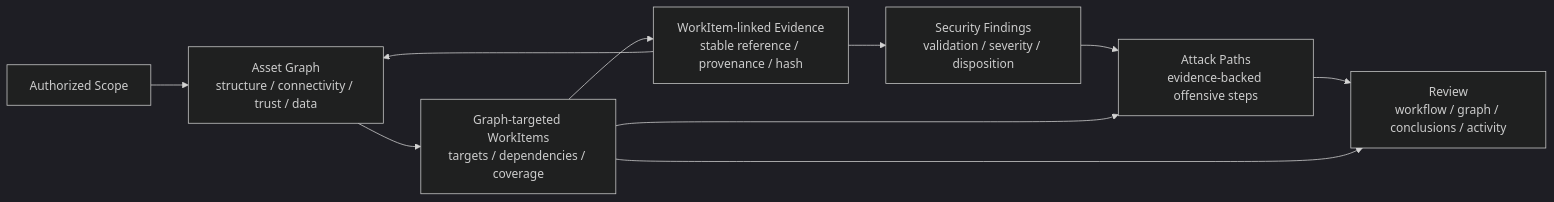
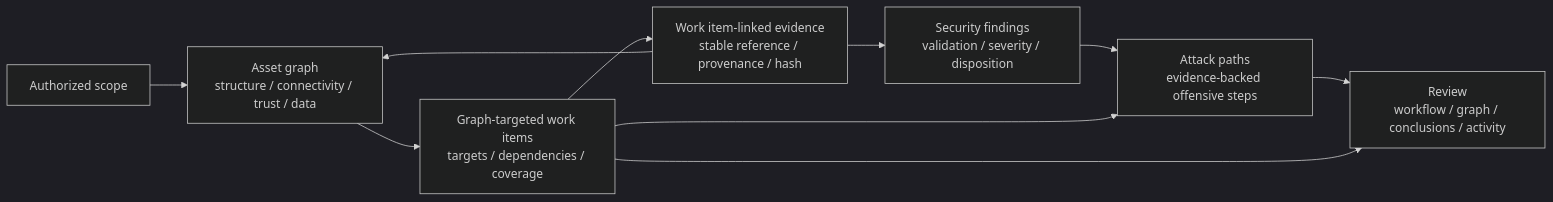
One commit to Meow-Emperor/Z3r0 changed the third of 4 diagrams in README.md. Above: the diagram before and after it, drawn with Mermaid (dark theme). The commit also changed other lines of this file and 164 other files, not shown here.

````diff
--- a/README.md
+++ b/README.md
@@ -152,16 +151,16 @@
 ```mermaid
 flowchart LR
-  Scope["Authorized Scope"]
-  GraphData["Asset Graph<br/>structure / connectivity / trust / data"]
-  Work["Graph-targeted WorkItems<br/>targets / dependencies / coverage"]
-  Evidence["WorkItem-linked Evidence<br/>stable reference / provenance / hash"]
-  Findings["Security Findings<br/>validation / severity / disposition"]
-  Paths["Attack Paths<br/>evidence-backed offensive steps"]
+  Scope["Authorized scope"]
+  GraphData["Asset graph<br/>structure / connectivity / trust / data"]
+  Work["Graph-targeted work items<br/>targets / dependencies / coverage"]
+  Evidence["Work item-linked evidence<br/>stable reference / provenance / hash"]
+  Findings["Security findings<br/>validation / severity / disposition"]
+  Paths["Attack paths<br/>evidence-backed offensive steps"]
   Review["Review<br/>workflow / graph / conclusions / activity"]
 
   Scope --> GraphData --> Work --> Evidence
   Evidence --> GraphData
   Evidence --> Findings --> Paths --> Review
   Work --> Paths
   Work --> Review
 ```
````
